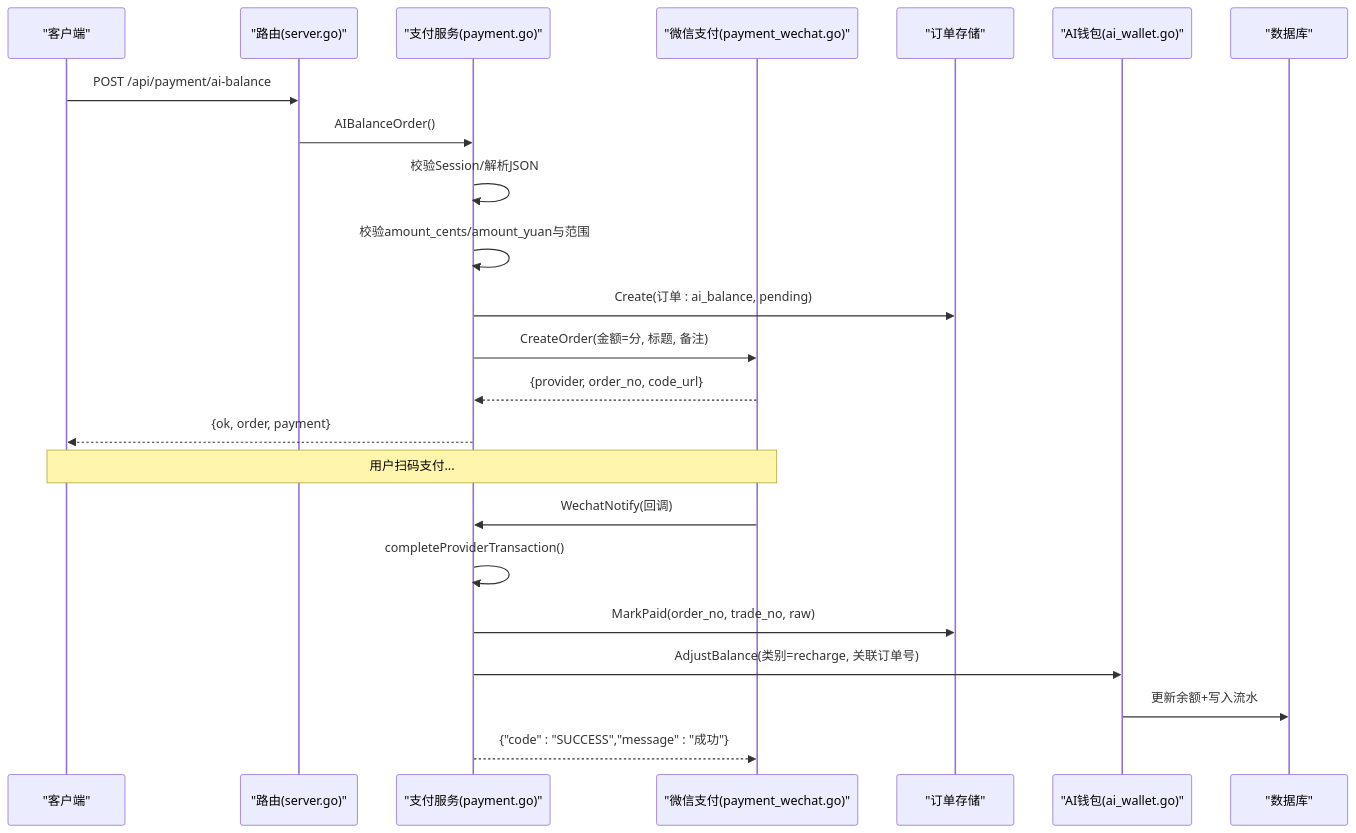
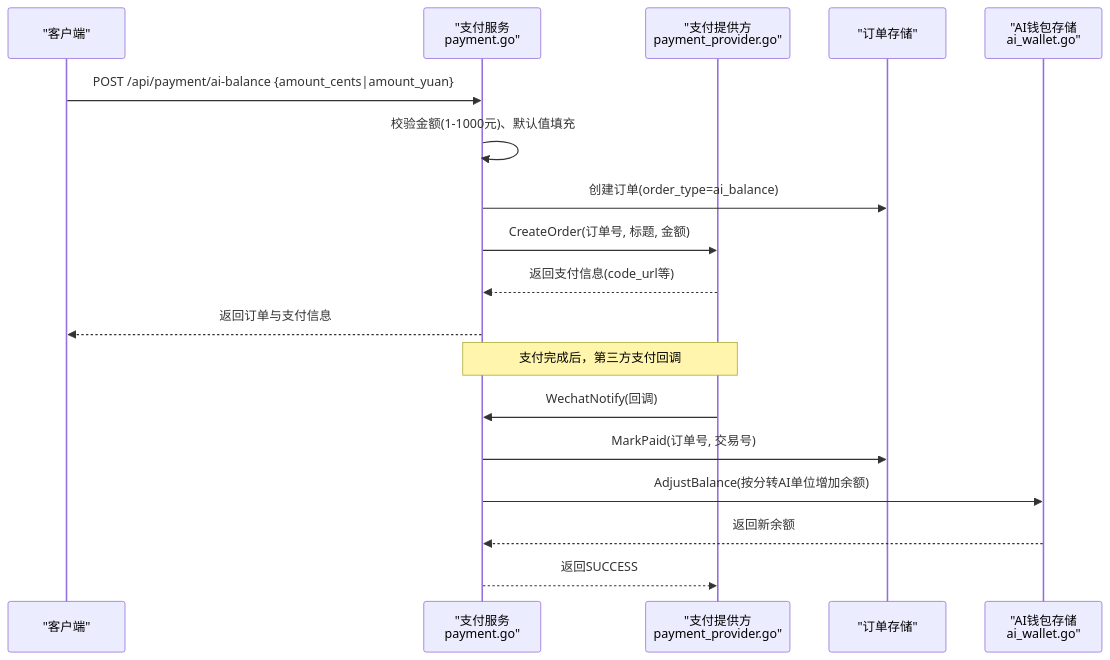
One commit to alvinwangzi/goodhr changed the second of 4 diagrams in .qoder/repowiki/zh/content/API接口文档/云端REST API/支付订阅API/AI余额充值接口.md. Above: the diagram before and after it, drawn with Mermaid. The commit also changed other lines of this file and 149 other files, not shown here.

````diff
--- a/.qoder/repowiki/zh/content/API接口文档/云端REST API/支付订阅API/AI余额充值接口.md
+++ b/.qoder/repowiki/zh/content/API接口文档/云端REST API/支付订阅API/AI余额充值接口.md
@@ -74,25 +78,20 @@
 ```mermaid
 sequenceDiagram
 participant C as "客户端"
-participant R as "路由(server.go)"
-participant P as "支付服务(payment.go)"
-participant W as "微信支付(payment_wechat.go)"
-participant OS as "订单存储"
-participant WS as "AI钱包(ai_wallet.go)"
-participant DB as "数据库"
-C->>R : POST /api/payment/ai-balance
-R->>P : AIBalanceOrder()
-P->>P : 校验Session/解析JSON
-P->>P : 校验amount_cents/amount_yuan与范围
-P->>OS : Create(订单 : ai_balance, pending)
-P->>W : CreateOrder(金额=分, 标题, 备注)
-W-->>P : {provider, order_no, code_url}
-P-->>C : {ok, order, payment}
-Note over C,W : 用户扫码支付...
-W->>P : WechatNotify(回调)
-P->>P : completeProviderTransaction()
-P->>OS : MarkPaid(order_no, trade_no, raw)
-P->>WS : AdjustBalance(类别=recharge, 关联订单号)
-WS->>DB : 更新余额+写入流水
-P-->>W : {"code" : "SUCCESS","message" : "成功"}
+participant P as "支付服务<br/>payment.go"
+participant Prov as "支付提供方<br/>payment_provider.go"
+participant O as "订单存储"
+participant W as "AI钱包存储<br/>ai_wallet.go"
+C->>P : POST /api/payment/ai-balance {amount_cents|amount_yuan}
+P->>P : 校验金额(1-1000元)、默认值填充
+P->>O : 创建订单(order_type=ai_balance)
+P->>Prov : CreateOrder(订单号, 标题, 金额)
+Prov-->>P : 返回支付信息(code_url等)
+P-->>C : 返回订单与支付信息
+Note over P,Prov : 支付完成后，第三方支付回调
+Prov->>P : WechatNotify(回调)
+P->>O : MarkPaid(订单号, 交易号)
+P->>W : AdjustBalance(按分转AI单位增加余额)
+W-->>P : 返回新余额
+P-->>Prov : 返回SUCCESS
 ```
````
